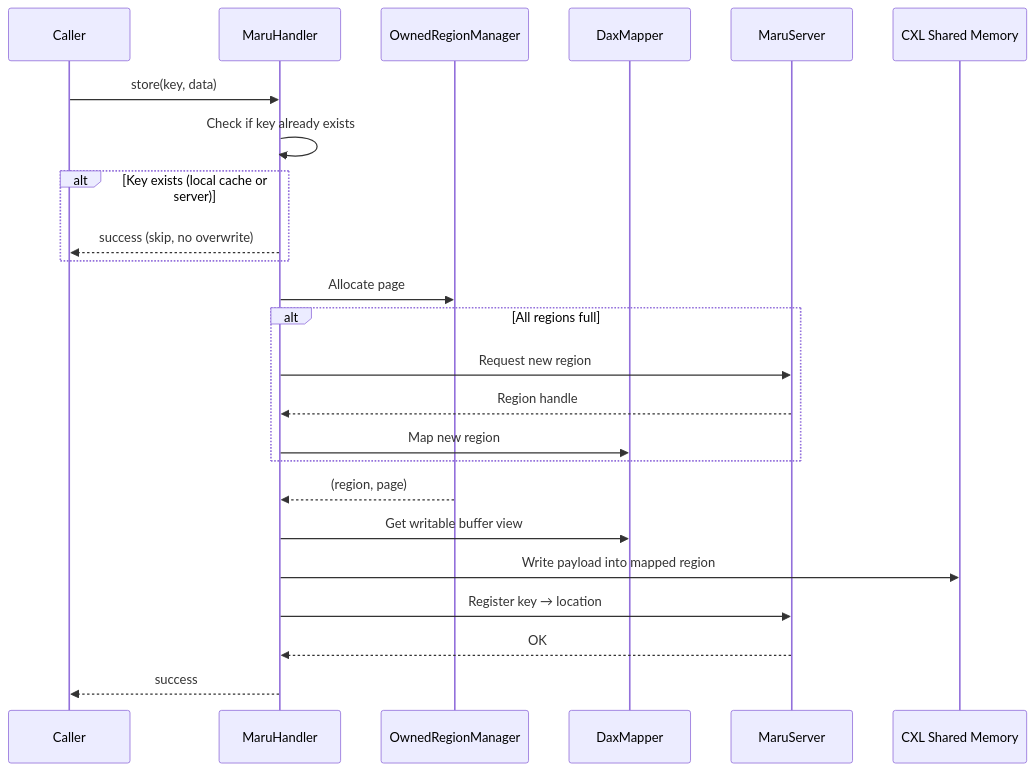
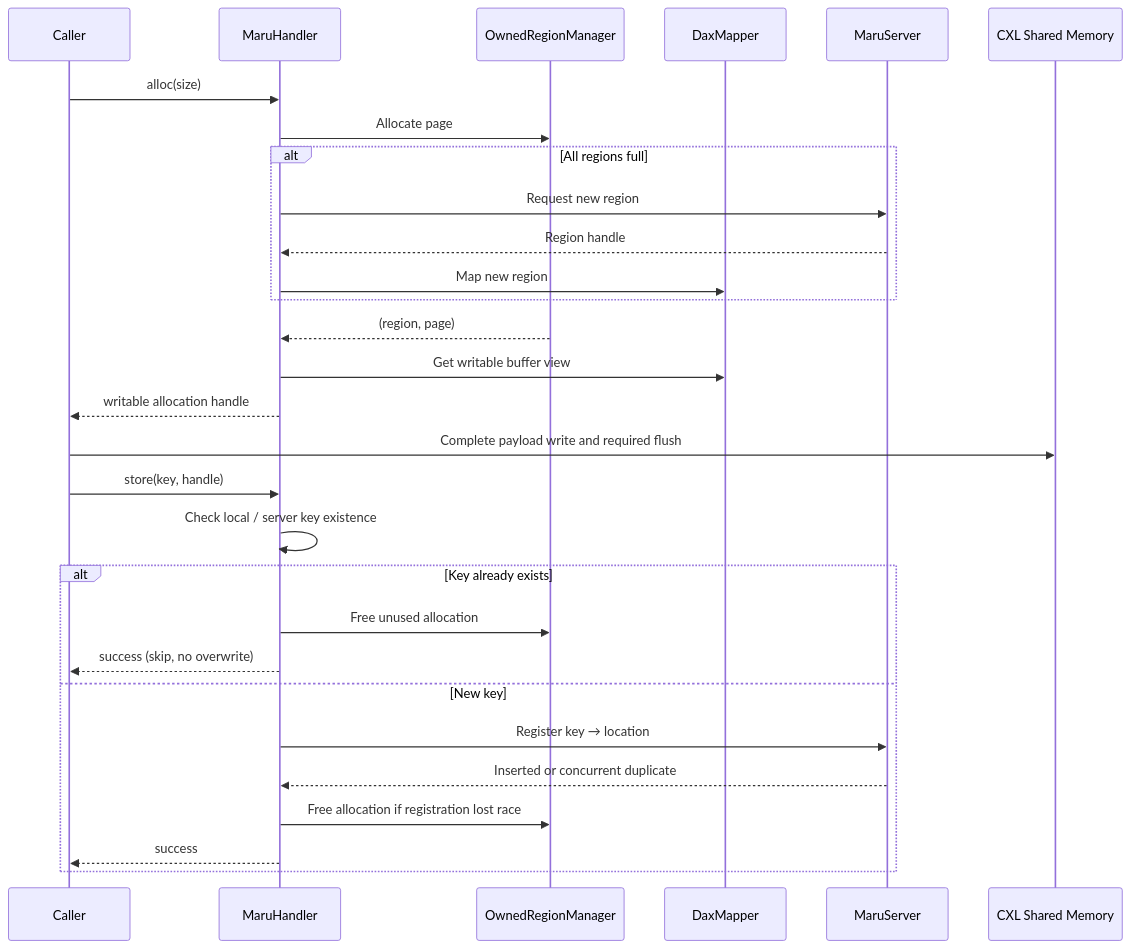
One commit to xcena-dev/maru changed the fourth of 6 diagrams in docs/source/design_doc/maru_handler.md. Above: the diagram before and after it, drawn with Mermaid. The commit also changed other lines of this file and 29 other files, not shown here.

````diff
--- a/docs/source/design_doc/maru_handler.md
+++ b/docs/source/design_doc/maru_handler.md
@@ -153,27 +153,32 @@
 ```mermaid
 sequenceDiagram
     participant C as Caller
     participant H as MaruHandler
     participant ORM as OwnedRegionManager
     participant DM as DaxMapper
     participant CP as MaruServer
     participant CXL as CXL Shared Memory
 
-    C->>H: store(key, data)
-    H->>H: Check if key already exists
-    alt Key exists (local cache or server)
-        H-->>C: success (skip, no overwrite)
-    end
+    C->>H: alloc(size)
     H->>ORM: Allocate page
     alt All regions full
         H->>CP: Request new region
         CP-->>H: Region handle
         H->>DM: Map new region
     end
     ORM-->>H: (region, page)
     H->>DM: Get writable buffer view
-    H->>CXL: Write payload into mapped region
-    H->>CP: Register key → location
-    CP-->>H: OK
-    H-->>C: success
+    H-->>C: writable allocation handle
+    C->>CXL: Complete payload write and required flush
+    C->>H: store(key, handle)
+    H->>H: Check local / server key existence
+    alt Key already exists
+        H->>ORM: Free unused allocation
+        H-->>C: success (skip, no overwrite)
+    else New key
+        H->>CP: Register key → location
+        CP-->>H: Inserted or concurrent duplicate
+        H->>ORM: Free allocation if registration lost race
+        H-->>C: success
+    end
 ```
````
